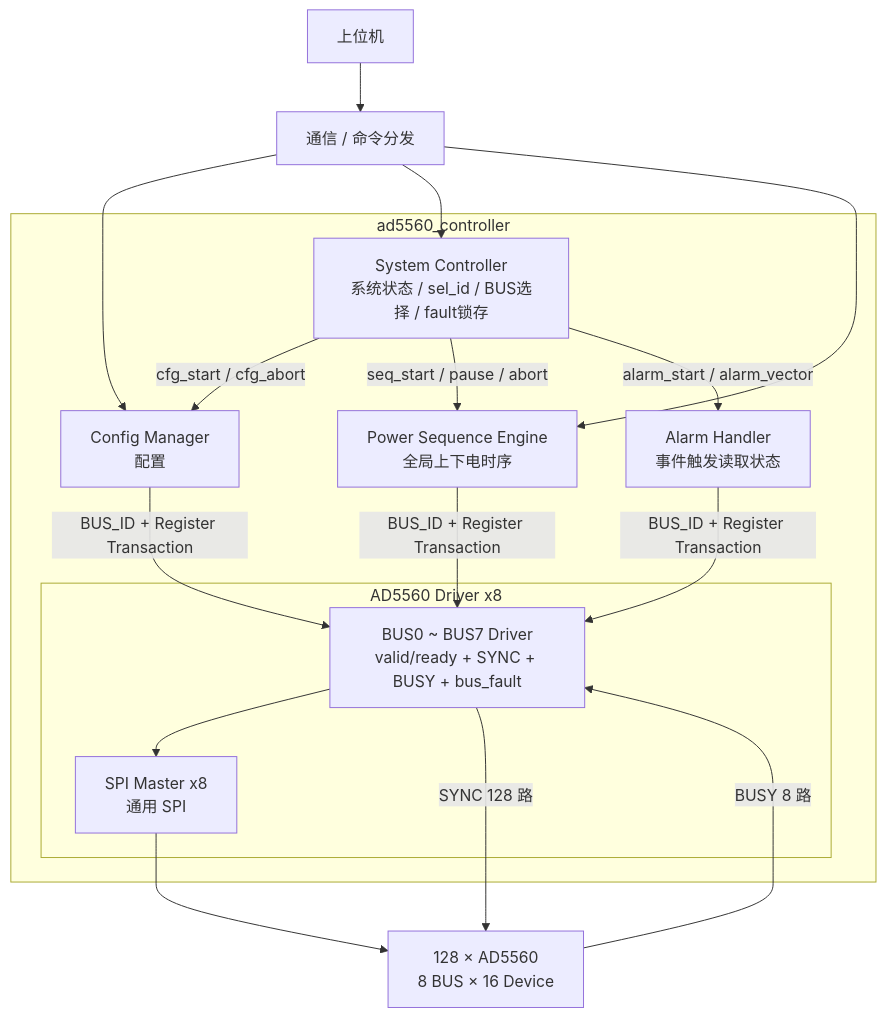
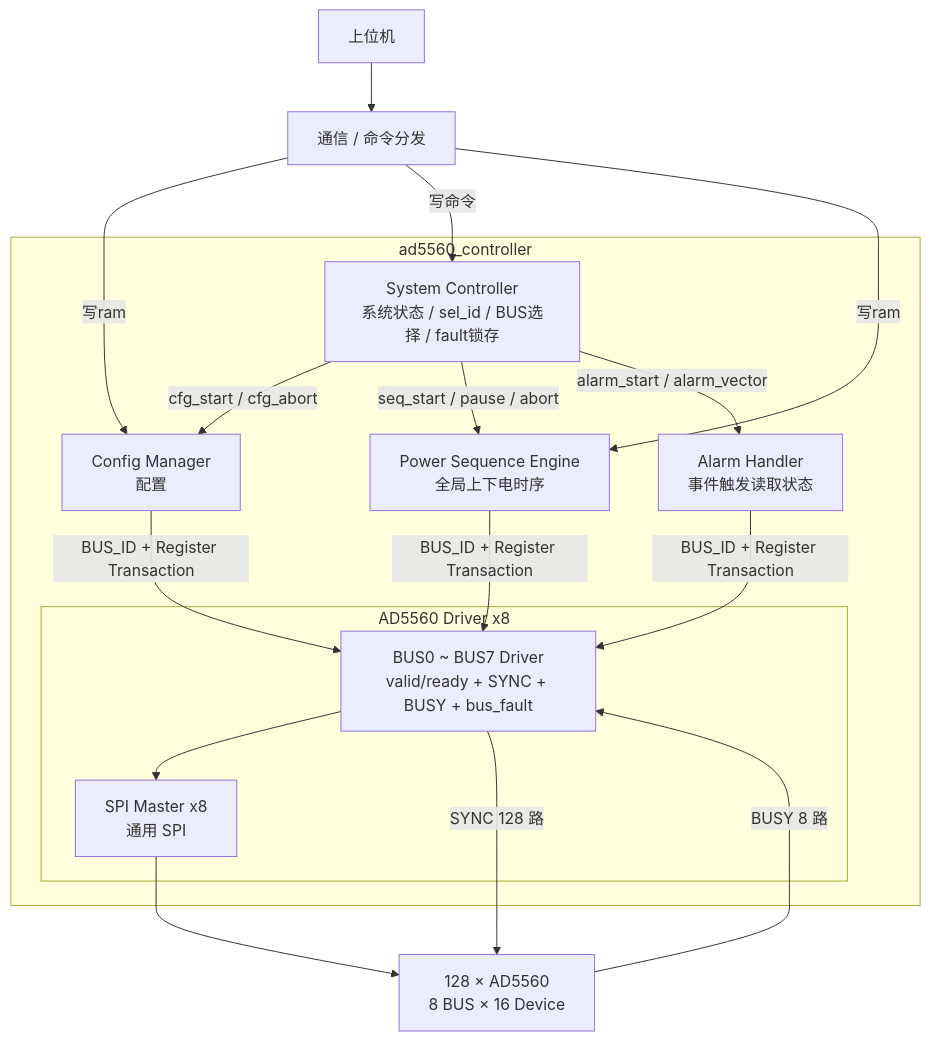
The diagram in AD5560/SYSTEM_ARCHITECTURE.md (hhanghhhhh/hbm_proj), drawn with Mermaid before and after one commit.

````diff
--- a/AD5560/SYSTEM_ARCHITECTURE.md
+++ b/AD5560/SYSTEM_ARCHITECTURE.md
@@ -204,38 +204,38 @@
 ```mermaid
 flowchart TB
     PC[上位机]
     COMM[通信 / 命令分发]
 
     subgraph CTRL[ad5560_controller]
         SYS[System Controller\n系统状态 / sel_id / BUS选择 / fault锁存]
         CM[Config Manager\n配置]
         PSE[Power Sequence Engine\n全局上下电时序]
         AH[Alarm Handler\n事件触发读取状态]
 
         subgraph DRIVERS[AD5560 Driver x8]
             DRV[BUS0 ~ BUS7 Driver\nvalid/ready + SYNC + BUSY + bus_fault]
             SPI[SPI Master x8\n通用 SPI]
             DRV --> SPI
         end
 
         SYS -->|cfg_start / cfg_abort| CM
         SYS -->|seq_start / pause / abort| PSE
         SYS -->|alarm_start / alarm_vector| AH
 
         CM -->|BUS_ID + Register Transaction| DRV
         PSE -->|BUS_ID + Register Transaction| DRV
         AH -->|BUS_ID + Register Transaction| DRV
 
     end
 
     DEV[128 × AD5560\n8 BUS × 16 Device]
 
     PC --> COMM
-    COMM --> CM
-    COMM --> SYS
-    COMM --> PSE
+    COMM -->|写ram| CM
+    COMM -->|写命令| SYS
+    COMM -->|写ram| PSE
 
     SPI --> DEV
     DRV -->|SYNC 128 路| DEV
     DEV -->|BUSY 8 路| DRV
 ```
````
